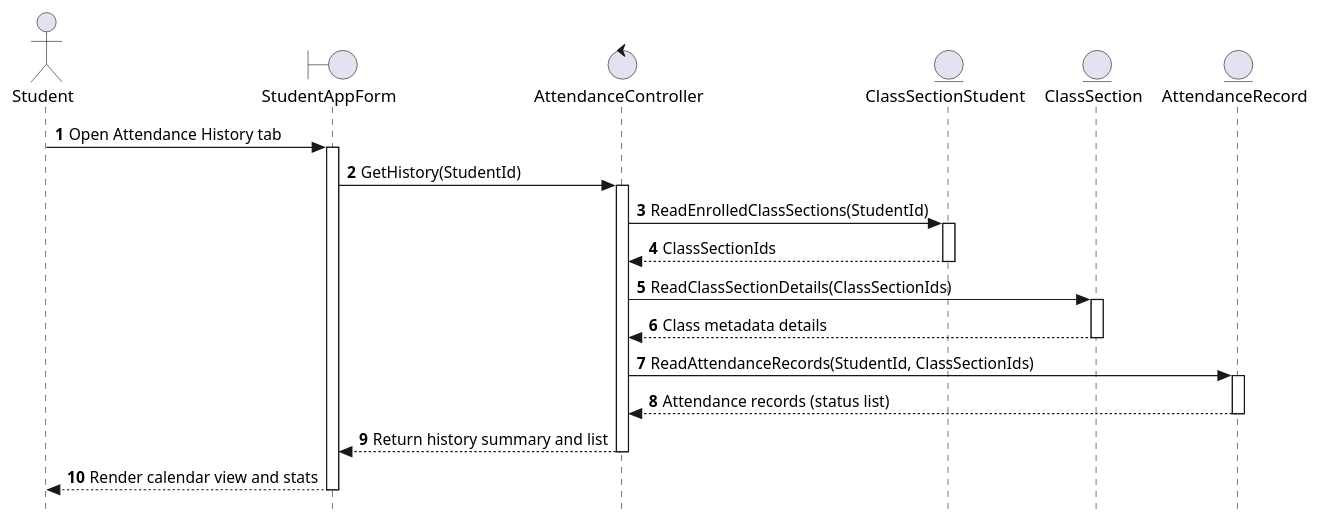
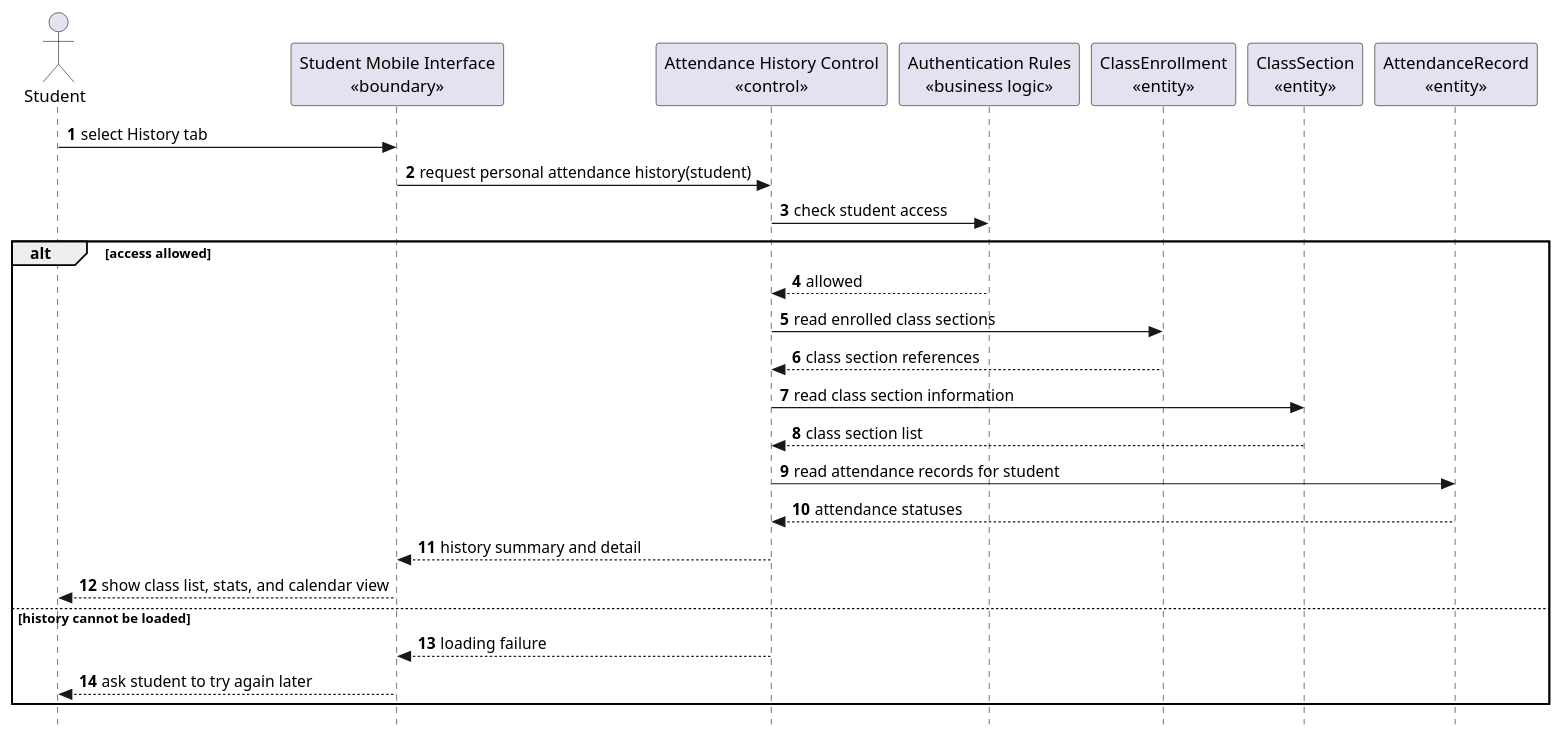
The seventh of 25 diagrams in docs/sds/2_Analysis.md (nttung42/SWD392), drawn with PlantUML before and after one commit. The commit also changed other lines of this file and 1 other file, not shown here.

````diff
--- a/docs/sds/2_Analysis.md
+++ b/docs/sds/2_Analysis.md
@@ -219,33 +423,32 @@
 ```plantuml
 @startuml
 skinparam style strictuml
 autonumber
-actor SV as "Student"
-boundary SAF as "StudentAppForm"
-control AC as "AttendanceController"
-entity CSS as "ClassSectionStudent"
-entity CS as "ClassSection"
-entity AR as "AttendanceRecord"
+actor "Student" as Student
+participant "Student Mobile Interface\n«boundary»" as StudentUI
+participant "Attendance History Control\n«control»" as HistoryControl
+participant "Authentication Rules\n«business logic»" as AuthRules
+participant "ClassEnrollment\n«entity»" as ClassEnrollment
+participant "ClassSection\n«entity»" as ClassSection
+participant "AttendanceRecord\n«entity»" as AttendanceRecord
 
-SV -> SAF : Open Attendance History tab
-activate SAF
-SAF -> AC : GetHistory(StudentId)
-activate AC
-AC -> CSS : ReadEnrolledClassSections(StudentId)
-activate CSS
-CSS --> AC : ClassSectionIds
-deactivate CSS
-AC -> CS : ReadClassSectionDetails(ClassSectionIds)
-activate CS
-CS --> AC : Class metadata details
-deactivate CS
-AC -> AR : ReadAttendanceRecords(StudentId, ClassSectionIds)
-activate AR
-AR --> AC : Attendance records (status list)
-deactivate AR
-AC --> SAF : Return history summary and list
-deactivate AC
-SAF --> SV : Render calendar view and stats
-deactivate SAF
+Student -> StudentUI : select History tab
+StudentUI -> HistoryControl : request personal attendance history(student)
+HistoryControl -> AuthRules : check student access
+
+alt access allowed
+  AuthRules --> HistoryControl : allowed
+  HistoryControl -> ClassEnrollment : read enrolled class sections
+  ClassEnrollment --> HistoryControl : class section references
+  HistoryControl -> ClassSection : read class section information
+  ClassSection --> HistoryControl : class section list
+  HistoryControl -> AttendanceRecord : read attendance records for student
+  AttendanceRecord --> HistoryControl : attendance statuses
+  HistoryControl --> StudentUI : history summary and detail
+  StudentUI --> Student : show class list, stats, and calendar view
+else history cannot be loaded
+  HistoryControl --> StudentUI : loading failure
+  StudentUI --> Student : ask student to try again later
+end
 @enduml
 ```
````
